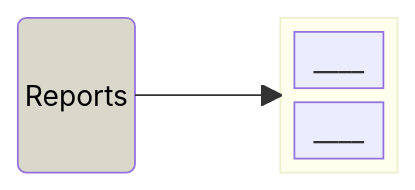
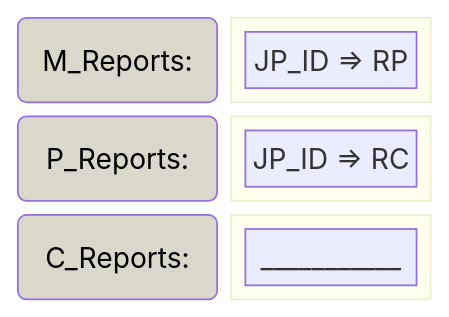
The fourth of 6 diagrams in docs/slidev/slides/Workflow-2.1.md (duclos-cavalcanti/TreeBuilder), drawn with Mermaid before and after one commit. The commit also changed other lines of this file and 4 other files, not shown here.

````diff
--- a/docs/slidev/slides/Workflow-2.1.md
+++ b/docs/slidev/slides/Workflow-2.1.md
@@ -87,14 +98,25 @@
 ```mermaid
 block-beta
-    R("<font color=black>Reports")
-    space
-    block:items
+    columns 2
+    RM("<font color=black>M_Reports:")
+    block:mitems
         columns 1
-        A["____"] 
-        B["____"] 
+        A["JP_ID => RP"] 
     end
 
-    R --> items
+    RP("<font color=black>P_Reports:")
+    block:pitems
+        columns 1
+        B["JP_ID => RC"] 
+    end
 
-    style R fill:#DAD7CB
+    RC("<font color=black>C_Reports:")
+    block:citems
+        columns 1
+        C["___________"] 
+    end
+
+    style RM fill:#DAD7CB
+    style RP fill:#DAD7CB
+    style RC fill:#DAD7CB
 ```
````
